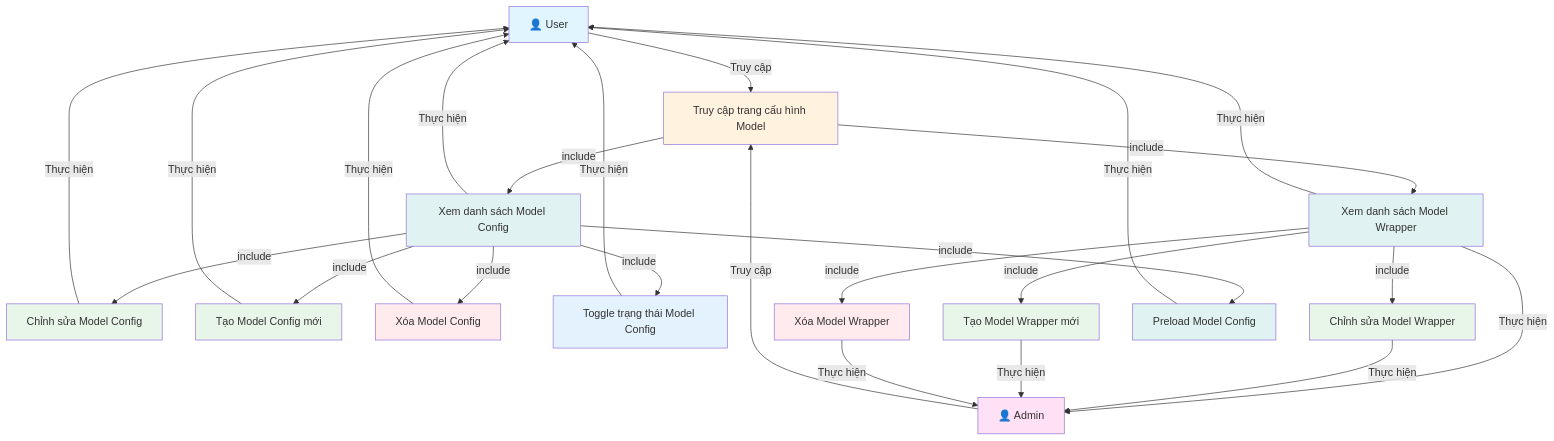
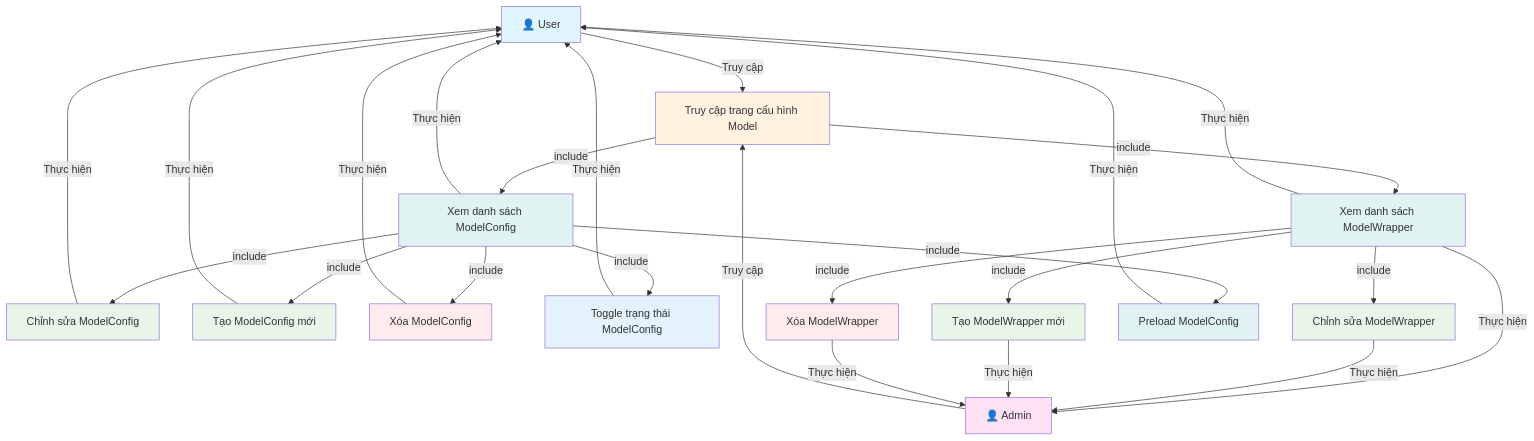
One commit to mduc-2610/gp_doc changed the diagram in model_config/1_model_config_usecase.md. Above: the diagram before and after it, drawn with Mermaid. The commit also changed other lines of this file and 45 other files, not shown here.

````diff
--- a/model_config/1_model_config_usecase.md
+++ b/model_config/1_model_config_usecase.md
@@ -3,66 +3,66 @@
 ```mermaid
 graph TB
     Actor["👤 User"]
     AdminActor["👤 Admin"]
     
     AccessModelConfigPage["Truy cập trang cấu hình Model"]
-    ViewModelConfigList["Xem danh sách Model Config"]
-    ViewWrapperList["Xem danh sách Model Wrapper"]
-    EditModelConfig["Chỉnh sửa Model Config"]
-    CreateModelConfig["Tạo Model Config mới"]
-    DeleteModelConfig["Xóa Model Config"]
-    ToggleModelConfig["Toggle trạng thái Model Config"]
+    ViewModelConfigList["Xem danh sách ModelConfig"]
+    ViewWrapperList["Xem danh sách ModelWrapper"]
+    EditModelConfig["Chỉnh sửa ModelConfig"]
+    CreateModelConfig["Tạo ModelConfig mới"]
+    DeleteModelConfig["Xóa ModelConfig"]
+    ToggleModelConfig["Toggle trạng thái ModelConfig"]
     
-    EditWrapper["Chỉnh sửa Model Wrapper"]
-    CreateWrapper["Tạo Model Wrapper mới"]
-    DeleteWrapper["Xóa Model Wrapper"]
-    PreloadModelConfig["Preload Model Config"]
+    EditWrapper["Chỉnh sửa ModelWrapper"]
+    CreateWrapper["Tạo ModelWrapper mới"]
+    DeleteWrapper["Xóa ModelWrapper"]
+    PreloadModelConfig["Preload ModelConfig"]
     
     Actor -->|Truy cập| AccessModelConfigPage
     AdminActor -->|Truy cập| AccessModelConfigPage
     
     AccessModelConfigPage -->|include| ViewModelConfigList
     ViewModelConfigList -->|Thực hiện| Actor
     
     AccessModelConfigPage -->|include| ViewWrapperList
     ViewWrapperList -->|Thực hiện| Actor
     ViewWrapperList -->|Thực hiện| AdminActor
     
     ViewModelConfigList -->|include| EditModelConfig
     EditModelConfig -->|Thực hiện| Actor
     
     ViewModelConfigList -->|include| CreateModelConfig
     CreateModelConfig -->|Thực hiện| Actor
     
     ViewModelConfigList -->|include| DeleteModelConfig
     DeleteModelConfig -->|Thực hiện| Actor
     
     ViewModelConfigList -->|include| ToggleModelConfig
     ToggleModelConfig -->|Thực hiện| Actor
     
     ViewModelConfigList -->|include| PreloadModelConfig
     PreloadModelConfig -->|Thực hiện| Actor
     
     ViewWrapperList -->|include| EditWrapper
     EditWrapper -->|Thực hiện| AdminActor
     
     ViewWrapperList -->|include| CreateWrapper
     CreateWrapper -->|Thực hiện| AdminActor
     
     ViewWrapperList -->|include| DeleteWrapper
     DeleteWrapper -->|Thực hiện| AdminActor
     
     style Actor fill:#e1f5ff
     style AdminActor fill:#ffe1f5
     style AccessModelConfigPage fill:#fff3e0
     style ViewModelConfigList fill:#e0f2f1
     style ViewWrapperList fill:#e0f2f1
     style EditModelConfig fill:#e8f5e9
     style CreateModelConfig fill:#e8f5e9
     style DeleteModelConfig fill:#ffebee
     style ToggleModelConfig fill:#e3f2fd
     style EditWrapper fill:#e8f5e9
     style CreateWrapper fill:#e8f5e9
     style DeleteWrapper fill:#ffebee
     style PreloadModelConfig fill:#e0f2f1
 ```
````
